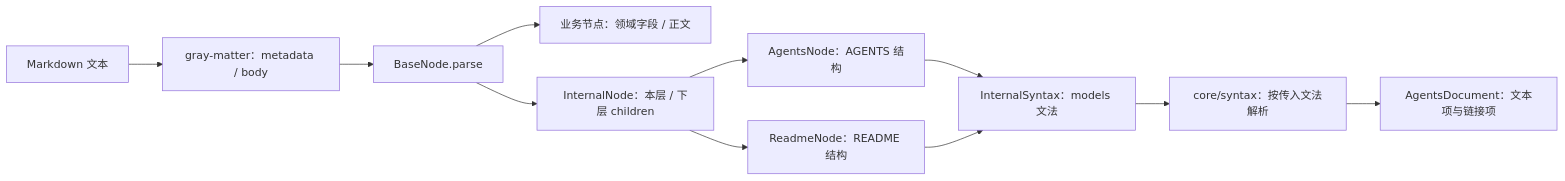
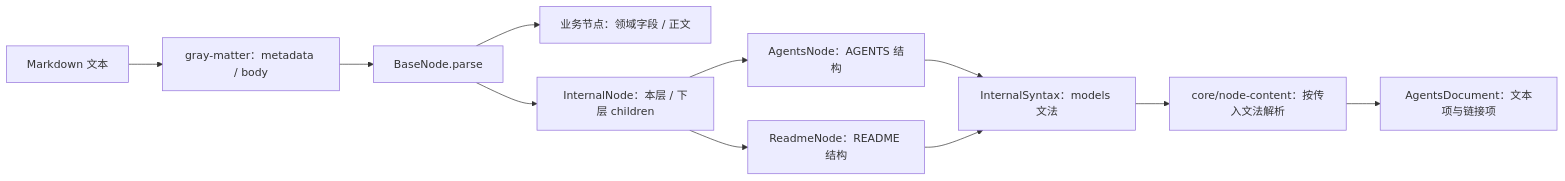
Before and after one commit to VirusPC/edges-brain-viruspc: the fifth of 6 diagrams in extensions/cli/src/domain/models/README.md, drawn with Mermaid. The commit also changed other lines of this file and 10 other files, not shown here.

First line of the commit message:
refactor: 通用块机制放在 core/node-content

````diff
--- a/extensions/cli/src/domain/models/README.md
+++ b/extensions/cli/src/domain/models/README.md
@@ -211,13 +211,13 @@
 ```mermaid
 flowchart LR
     MD[Markdown 文本] --> GM[gray-matter：metadata / body]
     GM --> B[BaseNode.parse]
     B --> L[业务节点：领域字段 / 正文]
     B --> N[InternalNode：本层 / 下层 children]
     N --> I[AgentsNode：AGENTS 结构]
     N --> R[ReadmeNode：README 结构]
     I --> X[InternalSyntax：models 文法]
     R --> X
-    X --> P[core/syntax：按传入文法解析]
+    X --> P[core/node-content：按传入文法解析]
     P --> D[AgentsDocument：文本项与链接项]
 ```
````
